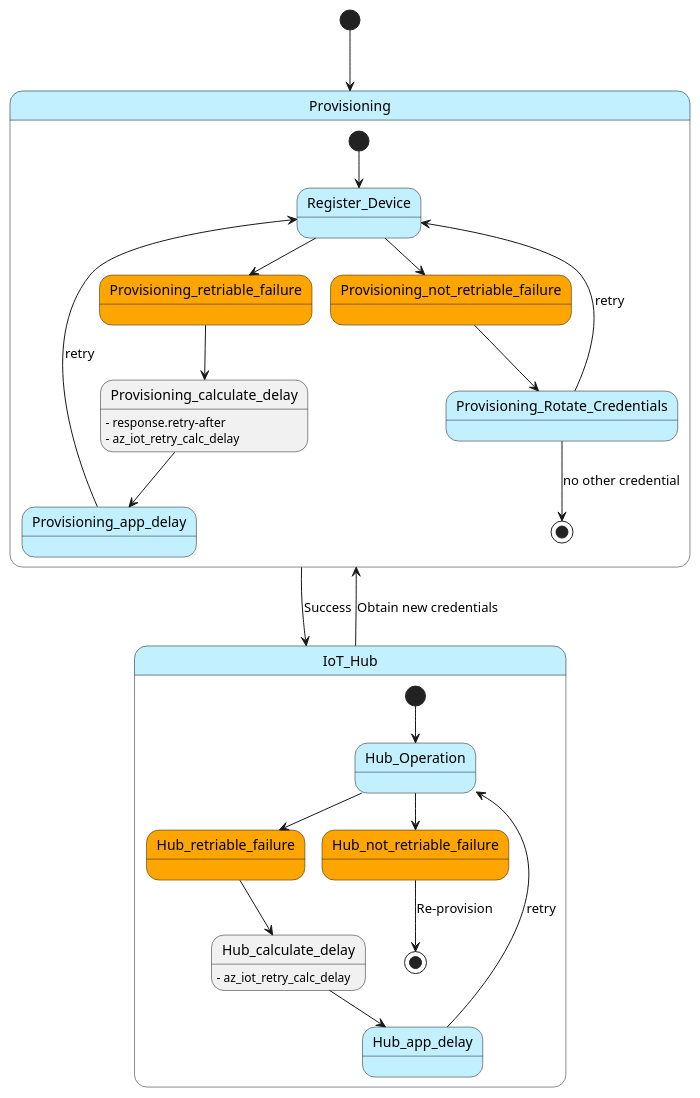
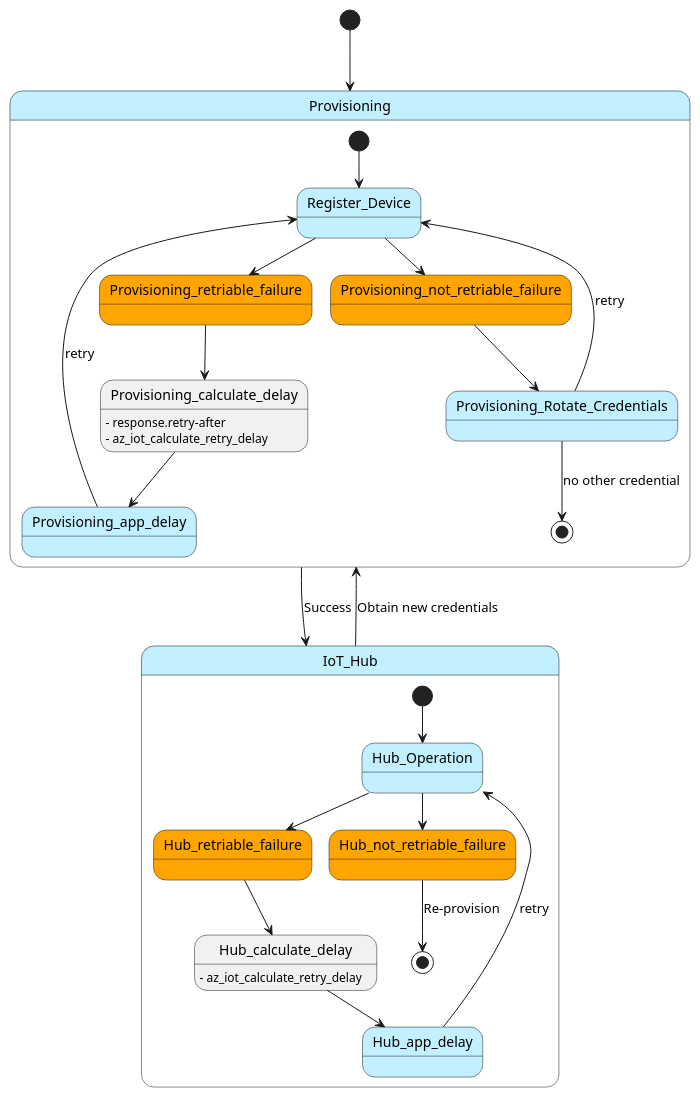
The diagram in sdk/docs/iot/resources/iot_retry_flow.puml (Azure/azure-sdk-for-c), drawn with PlantUML before and after one commit. The commit also changed 5 other files, not shown here.

```diff
--- a/sdk/docs/iot/resources/iot_retry_flow.puml
+++ b/sdk/docs/iot/resources/iot_retry_flow.puml
@@ -1,56 +1,56 @@
 @startuml
 skinparam state {
     BackgroundColor<<APP>> APPLICATION
     BackgroundColor<<STRUCT>> Lavender
     BackgroundColor<<FAIL>> Orange
 }
 
 [*] --> Provisioning
 state Provisioning <<APP>> {
 
     state Register_Device <<APP>>
     ' Provisioning Retriable errors
     [*] --> Register_Device
 
     state Provisioning_retriable_failure<<FAIL>>
     Register_Device --> Provisioning_retriable_failure
     Provisioning_retriable_failure --> Provisioning_calculate_delay
     Provisioning_calculate_delay --> Provisioning_app_delay
     state Provisioning_app_delay<<APP>>
     Provisioning_app_delay --> Register_Device : retry
     Provisioning_calculate_delay: - response.retry-after
-    Provisioning_calculate_delay: - az_iot_retry_calc_delay
+    Provisioning_calculate_delay: - az_iot_calculate_retry_delay
     
     ' Provisioning Non-retriable 
     Register_Device --> Provisioning_not_retriable_failure
     state Provisioning_not_retriable_failure<<FAIL>>
     Provisioning_not_retriable_failure --> Provisioning_Rotate_Credentials
     state Provisioning_Rotate_Credentials <<APP>>
     Provisioning_Rotate_Credentials --> Register_Device : retry
     Provisioning_Rotate_Credentials --> [*] : no other credential
 } 
 
 Provisioning --> IoT_Hub : Success
 
 state IoT_Hub <<APP>> {
     state Hub_Operation <<APP>>
     [*] --> Hub_Operation
 
     ' Hub Retriable errors
     Hub_Operation --> Hub_retriable_failure
     state Hub_retriable_failure<<FAIL>>
     Hub_retriable_failure --> Hub_calculate_delay
     Hub_calculate_delay --> Hub_app_delay
     state Hub_app_delay<<APP>>
     Hub_app_delay --> Hub_Operation : retry
-    Hub_calculate_delay: - az_iot_retry_calc_delay
+    Hub_calculate_delay: - az_iot_calculate_retry_delay
 
     ' Hub Non-retriable 
     Hub_Operation --> Hub_not_retriable_failure
     state Hub_not_retriable_failure<<FAIL>>
     Hub_not_retriable_failure --> [*] : Re-provision
 }
 
 IoT_Hub --> Provisioning : Obtain new credentials
 
 @enduml
```
